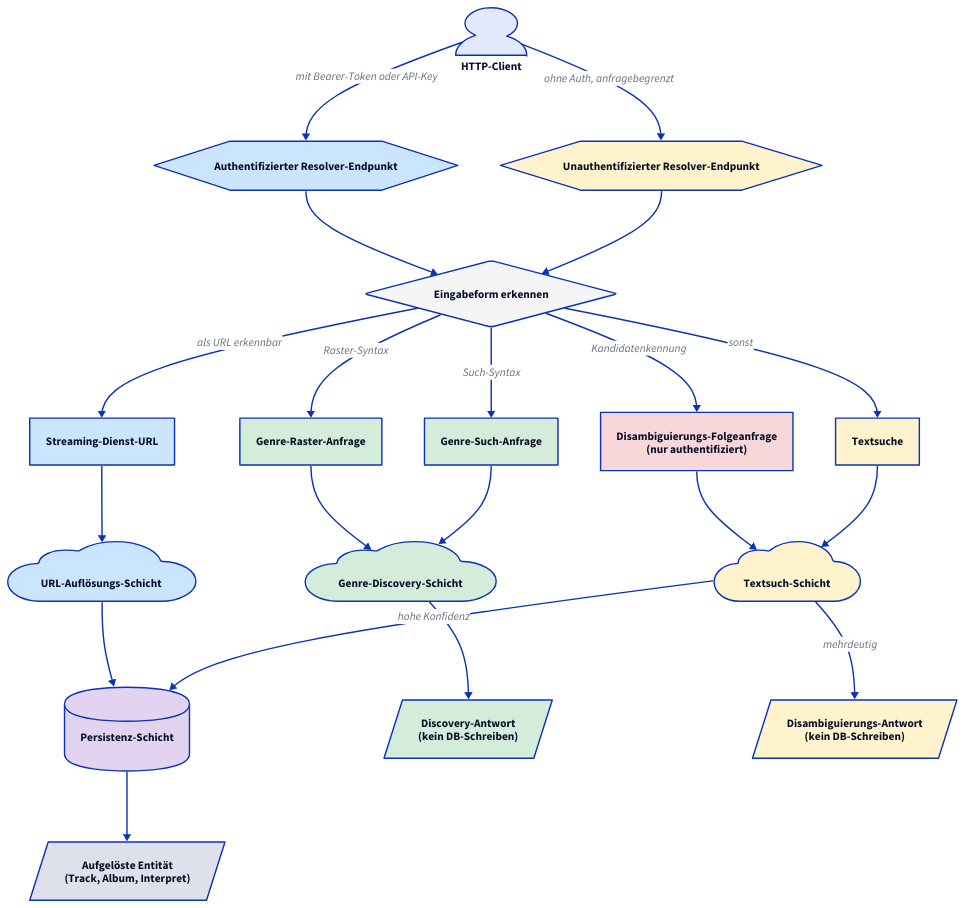
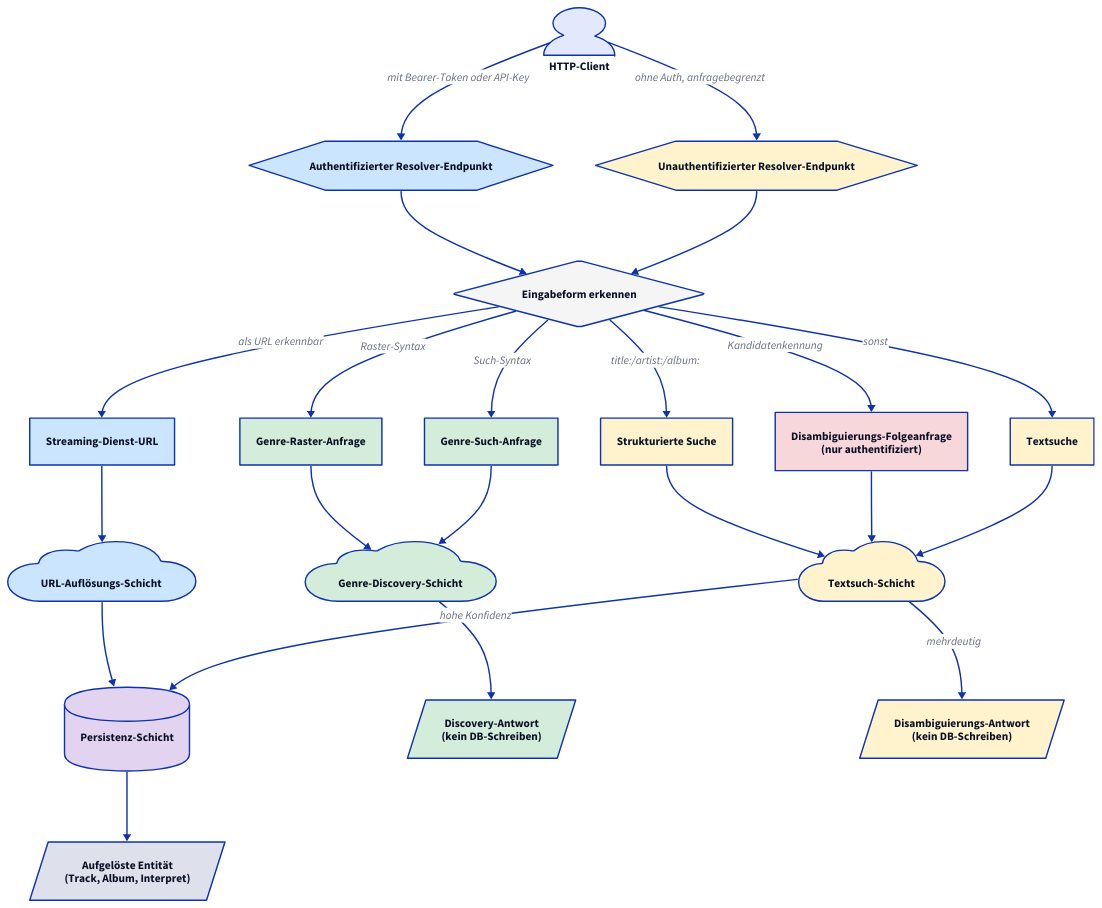
Before and after one commit to phranck/musiccloud: the diagram in docs/resolve-flow/de/diagrams/00-overview.d2, drawn with D2. The commit also changed 10 other files, not shown here.

First line of the commit message:
Docs: Add Structured Search chapter to bilingual resolver-flow doc

```diff
--- a/docs/resolve-flow/de/diagrams/00-overview.d2
+++ b/docs/resolve-flow/de/diagrams/00-overview.d2
@@ -1,101 +1,107 @@
 # Dispatcher-Übersicht: welche Eingabeform geht in welchen Pfad?
 
 direction: down
 
 client: HTTP-Client {
   shape: person
 }
 
 post: "Authentifizierter Resolver-Endpunkt" {
   shape: hexagon
   style.fill: "#cce5ff"
 }
 
 get: "Unauthentifizierter Resolver-Endpunkt" {
   shape: hexagon
   style.fill: "#fff3cd"
 }
 
 client -> post: "mit Bearer-Token oder API-Key"
 client -> get: "ohne Auth, anfragebegrenzt"
 
 dispatcher: "Eingabeform erkennen" {
   shape: diamond
   style.fill: "#f5f5f5"
 }
 
 post -> dispatcher
 get -> dispatcher
 
 genre_browse: "Genre-Raster-Anfrage" {
   shape: rectangle
   style.fill: "#d4edda"
 }
 genre_search: "Genre-Such-Anfrage" {
   shape: rectangle
   style.fill: "#d4edda"
 }
+structured_search: "Strukturierte Suche" {
+  shape: rectangle
+  style.fill: "#fff3cd"
+}
 selected: "Disambiguierungs-Folgeanfrage\n(nur authentifiziert)" {
   shape: rectangle
   style.fill: "#f8d7da"
 }
 url_input: "Streaming-Dienst-URL" {
   shape: rectangle
   style.fill: "#cce5ff"
 }
 text_input: "Textsuche" {
   shape: rectangle
   style.fill: "#fff3cd"
 }
 
 dispatcher -> genre_browse: "Raster-Syntax"
 dispatcher -> genre_search: "Such-Syntax"
+dispatcher -> structured_search: "title:/artist:/album:"
 dispatcher -> selected: "Kandidatenkennung"
 dispatcher -> url_input: "als URL erkennbar"
 dispatcher -> text_input: "sonst"
 
 flow_genre: "Genre-Discovery-Schicht" {
   shape: cloud
   style.fill: "#d4edda"
 }
 
 flow_url: "URL-Auflösungs-Schicht" {
   shape: cloud
   style.fill: "#cce5ff"
 }
 
 flow_text: "Textsuch-Schicht" {
   shape: cloud
   style.fill: "#fff3cd"
 }
 
 genre_browse -> flow_genre
 genre_search -> flow_genre
+structured_search -> flow_text
 selected -> flow_text
 url_input -> flow_url
 text_input -> flow_text
 
 persist: "Persistenz-Schicht" {
   shape: cylinder
   style.fill: "#e2d4f0"
 }
 
 response_track: "Aufgelöste Entität\n(Track, Album, Interpret)" {
   shape: parallelogram
 }
 
 response_genre: "Discovery-Antwort\n(kein DB-Schreiben)" {
   shape: parallelogram
   style.fill: "#d4edda"
 }
 
 response_disambig: "Disambiguierungs-Antwort\n(kein DB-Schreiben)" {
   shape: parallelogram
   style.fill: "#fff3cd"
 }
 
 flow_url -> persist
 flow_text -> persist: "hohe Konfidenz"
 flow_text -> response_disambig: "mehrdeutig"
 flow_genre -> response_genre
 persist -> response_track
```
